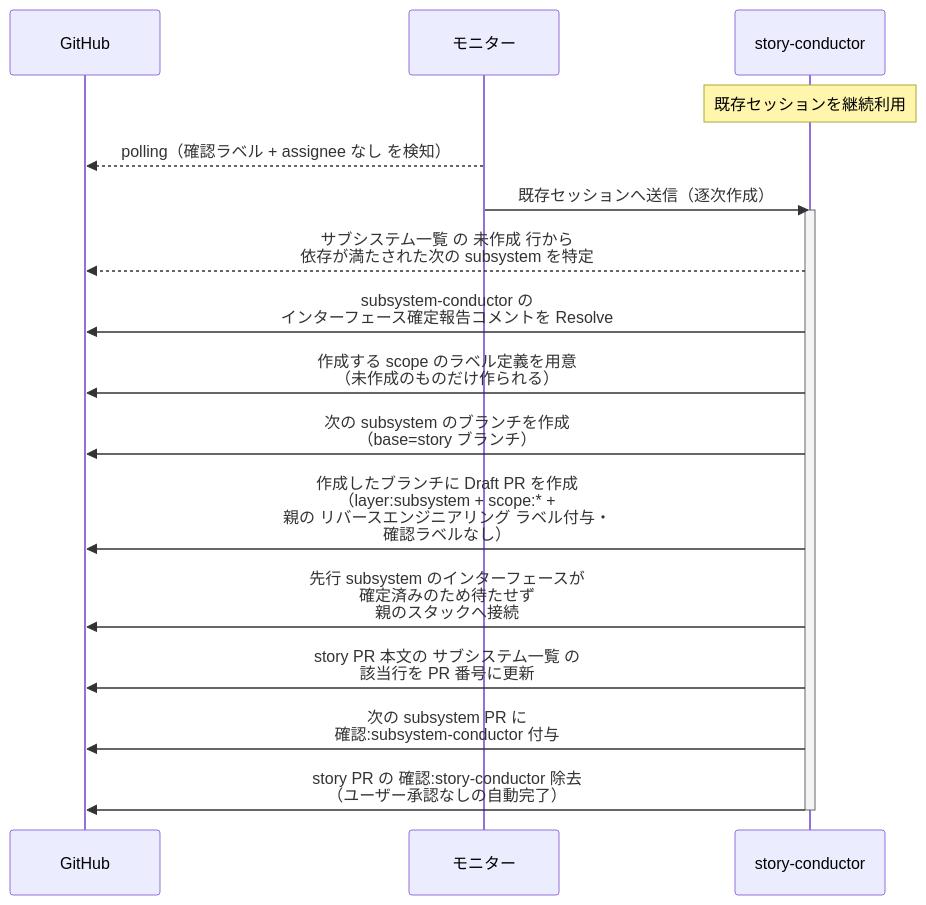
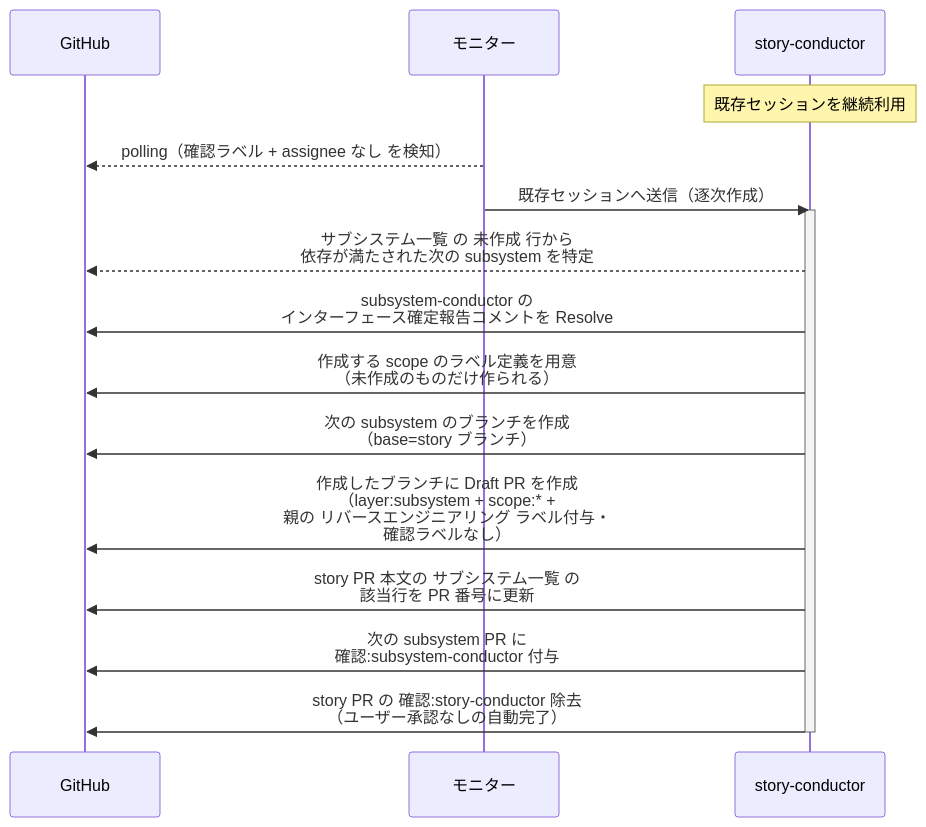
The second of 2 diagrams in docs/wiki/設計図/シナリオ/単一ユースケース/子subsystemPR作成.md (shuhei1101/ai-monitor), drawn with Mermaid before and after one commit. The commit also changed other lines of this file and 108 other files, not shown here.

````diff
--- a/docs/wiki/設計図/シナリオ/単一ユースケース/子subsystemPR作成.md
+++ b/docs/wiki/設計図/シナリオ/単一ユースケース/子subsystemPR作成.md
@@ -75,21 +74,20 @@
 ```mermaid
 sequenceDiagram
   participant GH as GitHub
   participant ORC as モニター
   participant MON as story-conductor
 
   Note over MON: 既存セッションを継続利用
   ORC-->>GH: polling（確認ラベル + assignee なし を検知）
   ORC->>MON: 既存セッションへ送信（逐次作成）
   activate MON
   MON-->>GH: サブシステム一覧 の 未作成 行から<br>依存が満たされた次の subsystem を特定
   MON->>GH: subsystem-conductor の<br>インターフェース確定報告コメントを Resolve
   MON->>GH: 作成する scope のラベル定義を用意<br>（未作成のものだけ作られる）
   MON->>GH: 次の subsystem のブランチを作成<br>（base=story ブランチ）
   MON->>GH: 作成したブランチに Draft PR を作成<br>（layer:subsystem + scope:* +<br>親の リバースエンジニアリング ラベル付与・<br>確認ラベルなし）
-  MON->>GH: 先行 subsystem のインターフェースが<br>確定済みのため待たせず<br>親のスタックへ接続
   MON->>GH: story PR 本文の サブシステム一覧 の<br>該当行を PR 番号に更新
   MON->>GH: 次の subsystem PR に<br>確認:subsystem-conductor 付与
   MON->>GH: story PR の 確認:story-conductor 除去<br>（ユーザー承認なしの自動完了）
   deactivate MON
 ```
````
